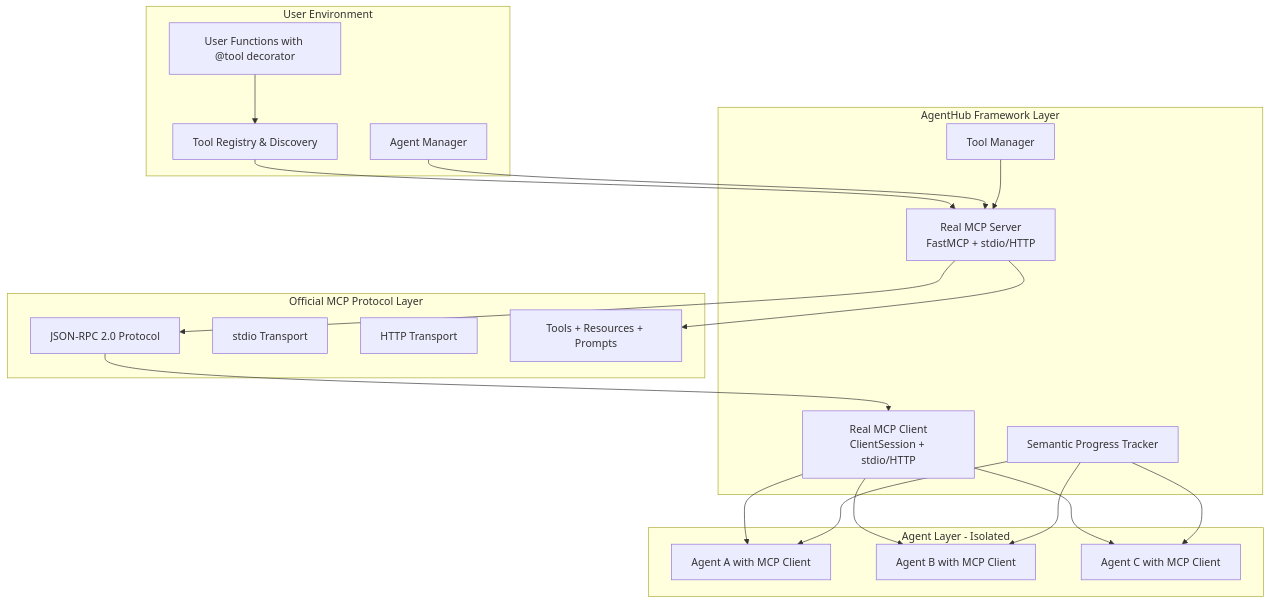
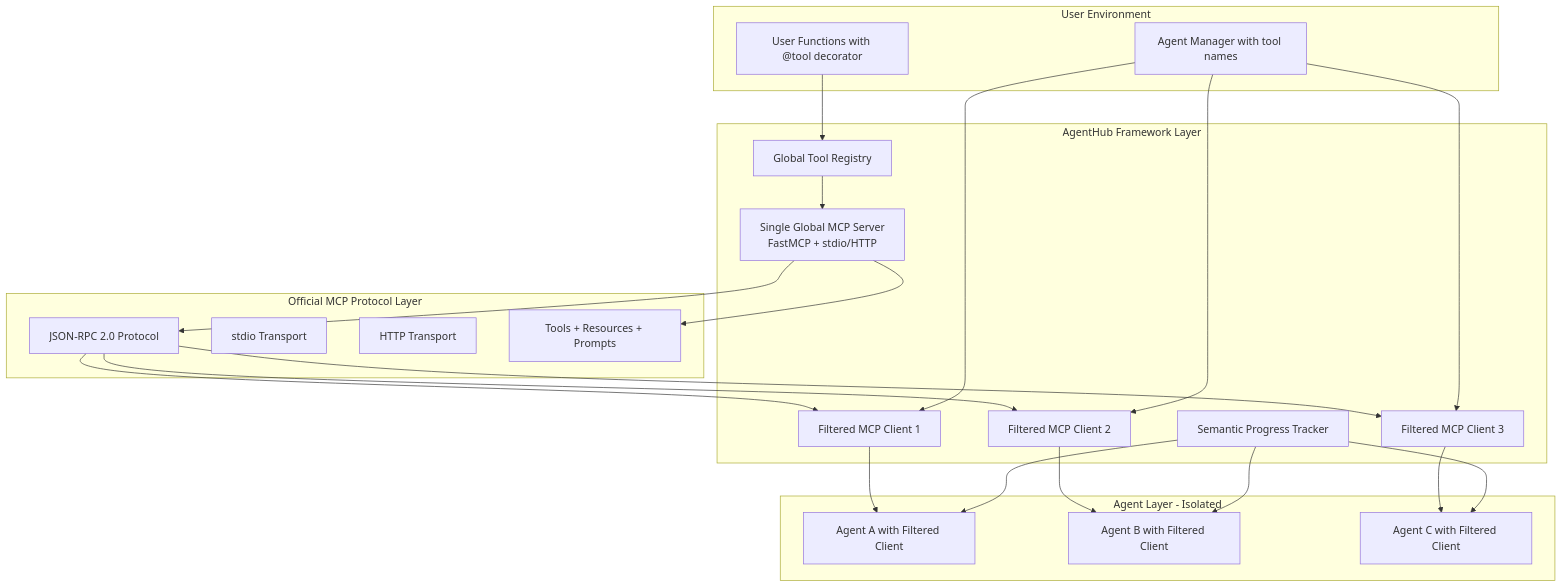
One commit to agentplug/agenthub changed the diagram in docs/.implementation_design/phase2.5_semantic_progress_tools/README.md. Above: the diagram before and after it, drawn with Mermaid. The commit also changed other lines of this file and 4 other files, not shown here.

````diff
--- a/docs/.implementation_design/phase2.5_semantic_progress_tools/README.md
+++ b/docs/.implementation_design/phase2.5_semantic_progress_tools/README.md
@@ -31,42 +31,46 @@
 ```mermaid
 graph TB
     subgraph "User Environment"
         UF[User Functions with @tool decorator]
-        TR[Tool Registry & Discovery]
-        AM[Agent Manager]
+        AM[Agent Manager with tool names]
     end
 
     subgraph "AgentHub Framework Layer"
-        MCP_S[Real MCP Server<br/>FastMCP + stdio/HTTP]
-        MCP_C[Real MCP Client<br/>ClientSession + stdio/HTTP]
-        TM[Tool Manager]
+        TR[Global Tool Registry]
+        MCP_S[Single Global MCP Server<br/>FastMCP + stdio/HTTP]
+        FC1[Filtered MCP Client 1]
+        FC2[Filtered MCP Client 2]
+        FC3[Filtered MCP Client 3]
         SPT[Semantic Progress Tracker]
     end
 
     subgraph "Agent Layer - Isolated"
-        AG1[Agent A with MCP Client]
-        AG2[Agent B with MCP Client]
-        AG3[Agent C with MCP Client]
+        AG1[Agent A with Filtered Client]
+        AG2[Agent B with Filtered Client]
+        AG3[Agent C with Filtered Client]
     end
 
     subgraph "Official MCP Protocol Layer"
         JSONRPC[JSON-RPC 2.0 Protocol]
         STDIO[stdio Transport]
         HTTP[HTTP Transport]
         MCP_PRIMITIVES[Tools + Resources + Prompts]
     end
 
     UF --> TR
     TR --> MCP_S
     MCP_S --> JSONRPC
     MCP_S --> MCP_PRIMITIVES
-    JSONRPC --> MCP_C
-    MCP_C --> AG1
-    MCP_C --> AG2
-    MCP_C --> AG3
-    AM --> MCP_S
-    TM --> MCP_S
+    JSONRPC --> FC1
+    JSONRPC --> FC2
+    JSONRPC --> FC3
+    FC1 --> AG1
+    FC2 --> AG2
+    FC3 --> AG3
+    AM --> FC1
+    AM --> FC2
+    AM --> FC3
     SPT --> AG1
     SPT --> AG2
     SPT --> AG3
 ```
````
